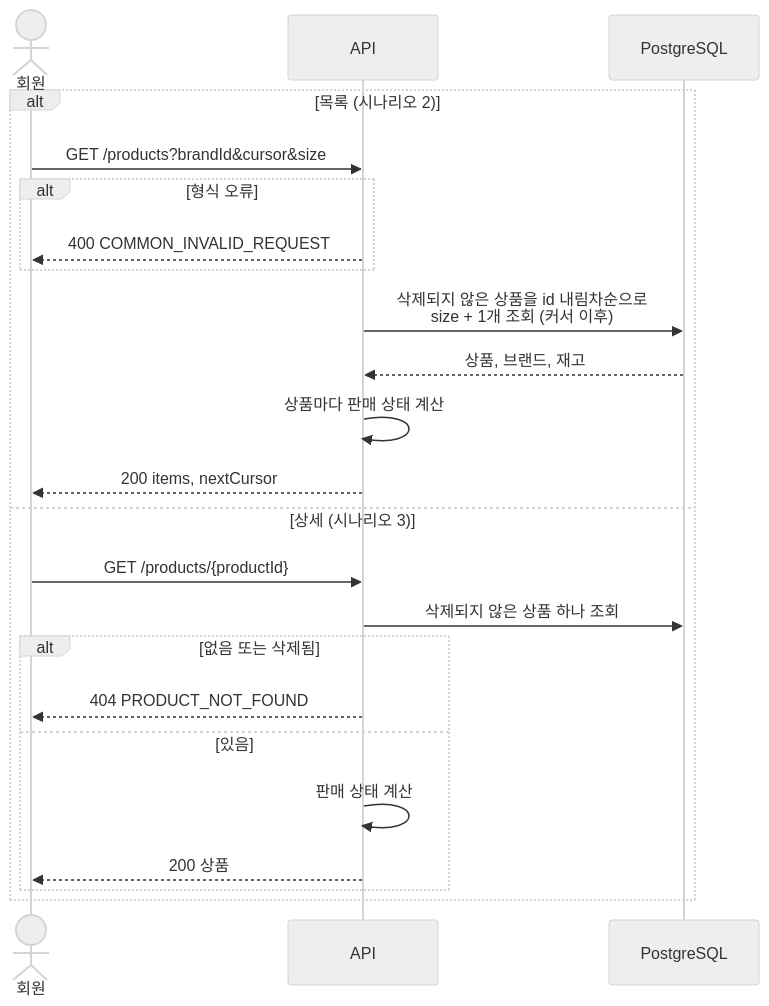
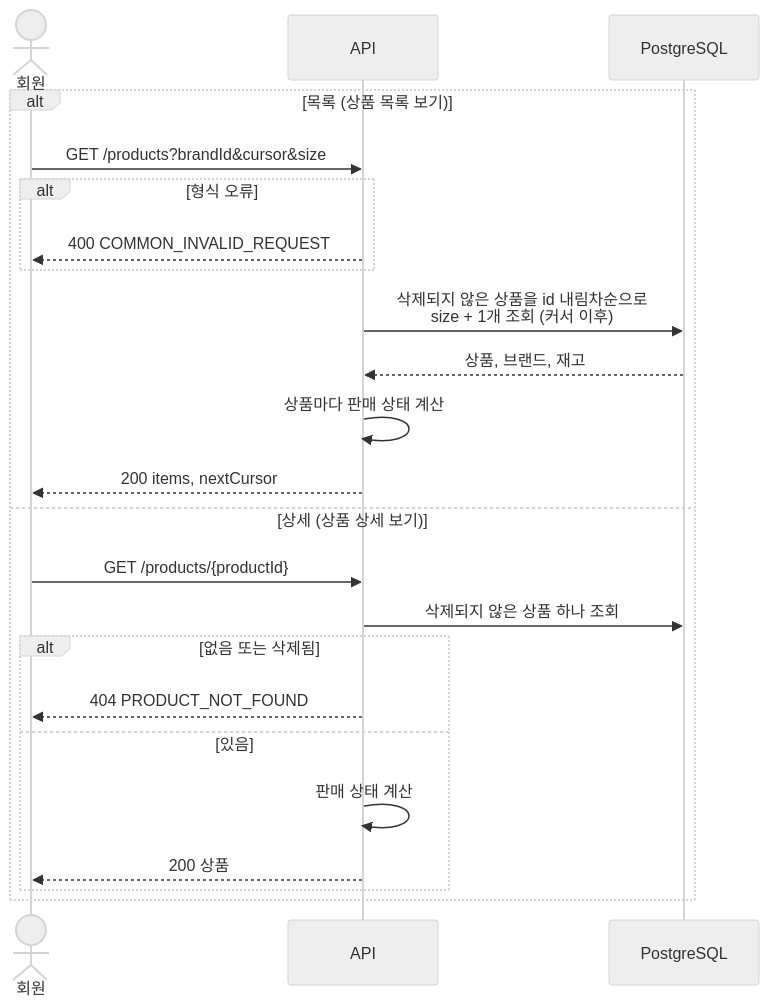
Before and after one commit to KAPUIST/flash-gate: the first of 3 diagrams in docs/features/product/flows.md, drawn with Mermaid (neutral theme). The commit also changed other lines of this file and 33 other files, not shown here.

````diff
--- a/docs/features/product/flows.md
+++ b/docs/features/product/flows.md
@@ -18,26 +18,26 @@
 ```mermaid
 sequenceDiagram
     actor U as 회원
     participant A as API
     participant D as PostgreSQL
 
-    alt 목록 (시나리오 2)
+    alt 목록 (상품 목록 보기)
         U->>A: GET /products?brandId&cursor&size
         alt 형식 오류
             A-->>U: 400 COMMON_INVALID_REQUEST
         end
         A->>D: 삭제되지 않은 상품을 id 내림차순으로<br/>size + 1개 조회 (커서 이후)
         D-->>A: 상품, 브랜드, 재고
         A->>A: 상품마다 판매 상태 계산
         A-->>U: 200 items, nextCursor
-    else 상세 (시나리오 3)
+    else 상세 (상품 상세 보기)
         U->>A: GET /products/{productId}
         A->>D: 삭제되지 않은 상품 하나 조회
         alt 없음 또는 삭제됨
             A-->>U: 404 PRODUCT_NOT_FOUND
         else 있음
             A->>A: 판매 상태 계산
             A-->>U: 200 상품
         end
     end
 ```
````
